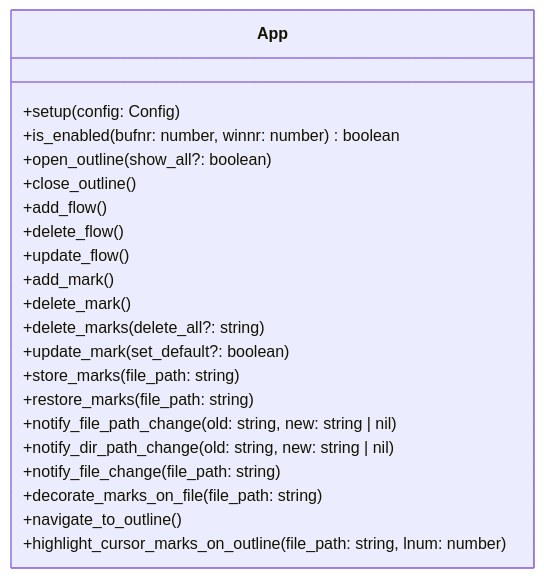
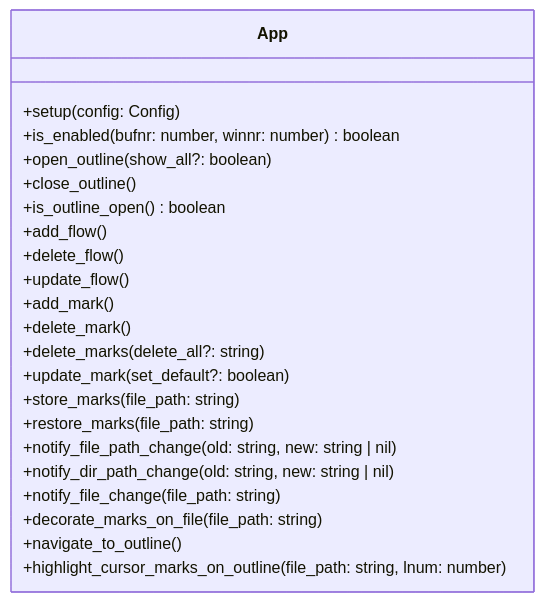
The first of 2 diagrams in README.md (niuiic/track.nvim), drawn with Mermaid before and after one commit. The commit also changed 4 other files, not shown here.

````diff
--- a/README.md
+++ b/README.md
@@ -37,29 +37,30 @@
 ```mermaid
 classDiagram
     class App {
         %% config
         +setup(config: Config)
         %% enable
         +is_enabled(bufnr: number, winnr: number) boolean
         %% outline
         +open_outline(show_all?: boolean)
         +close_outline()
+        +is_outline_open() boolean
         %% flow
         +add_flow()
         +delete_flow()
         +update_flow()
         %% mark
         +add_mark()
         +delete_mark()
         +delete_marks(delete_all?: string)
         +update_mark(set_default?: boolean)
         +store_marks(file_path: string)
         +restore_marks(file_path: string)
         +notify_file_path_change(old: string, new: string | nil)
         +notify_dir_path_change(old: string, new: string | nil)
         +notify_file_change(file_path: string)
         +decorate_marks_on_file(file_path: string)
         +navigate_to_outline()
         +highlight_cursor_marks_on_outline(file_path: string, lnum: number)
     }
 ```
````
